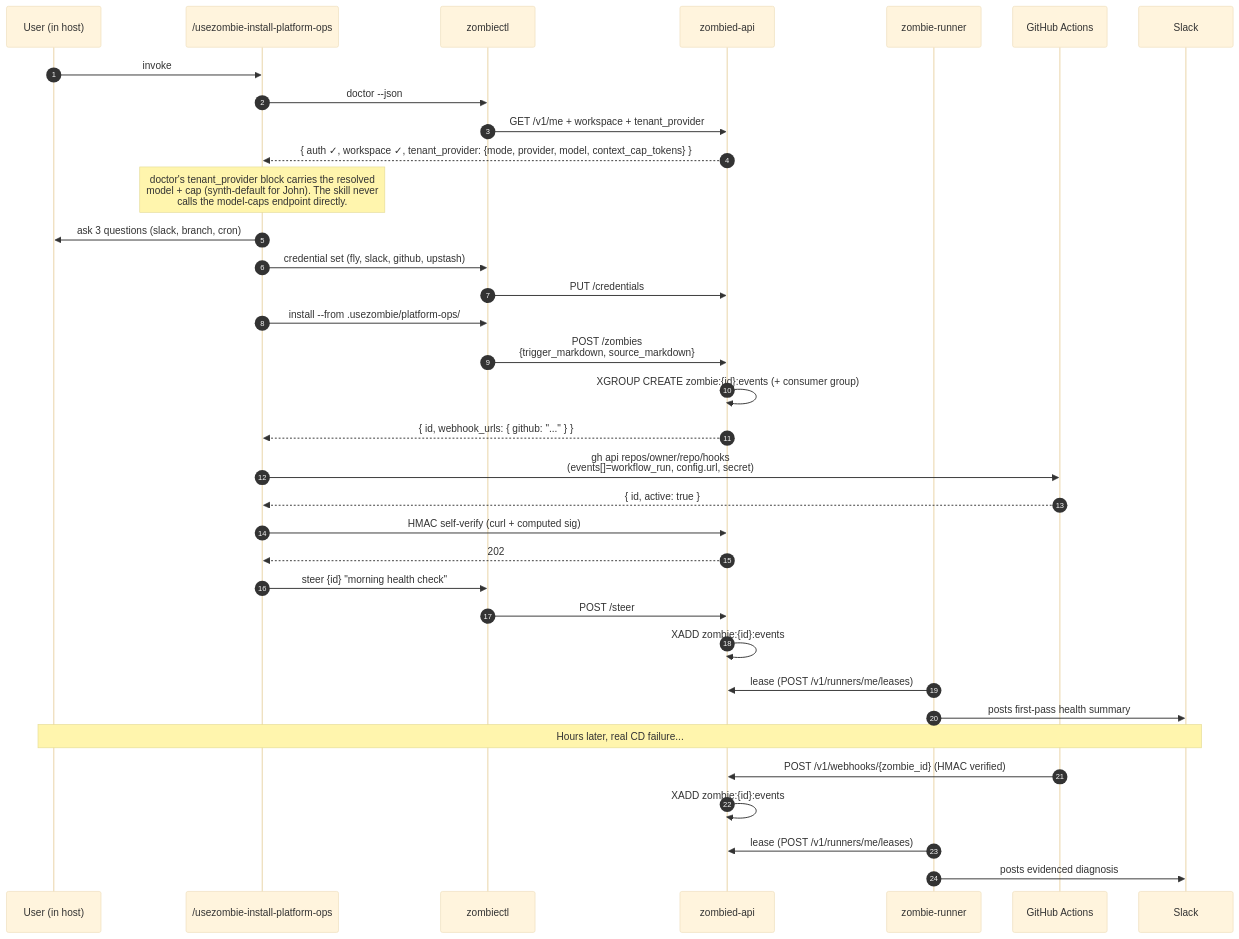
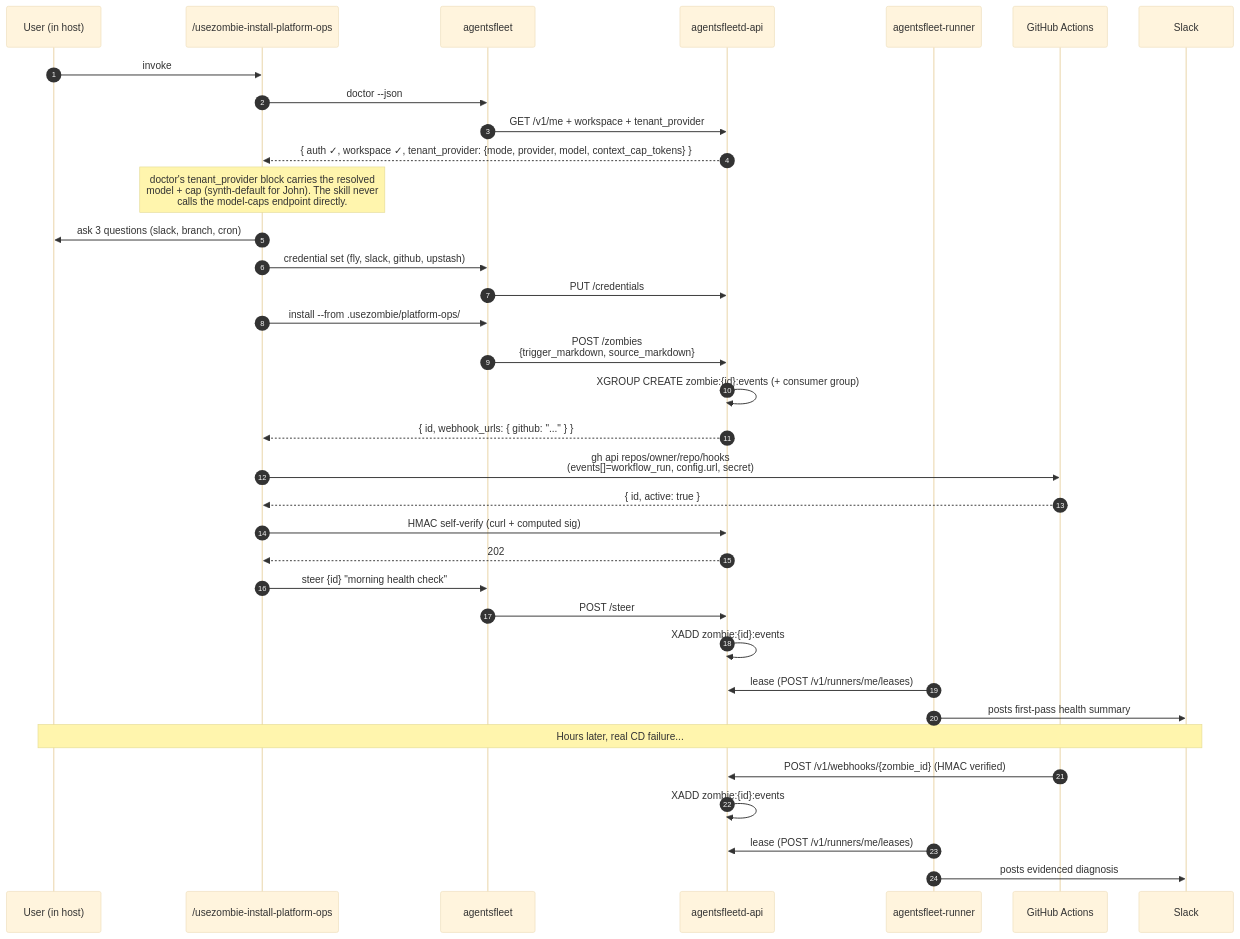
Before and after one commit to agentsfleet/agentsfleet: the diagram in docs/architecture/scenarios/01_default_install.md, drawn with Mermaid (base theme). The commit also changed other lines of this file and 1026 other files, not shown here.

````diff
--- a/docs/architecture/scenarios/01_default_install.md
+++ b/docs/architecture/scenarios/01_default_install.md
@@ -13,38 +13,38 @@
 ```mermaid
 sequenceDiagram
     autonumber
     participant Op as User (in host)
     participant Skill as /usezombie-install-platform-ops
-    participant CLI as zombiectl
-    participant API as zombied-api
-    participant Runner as zombie-runner
+    participant CLI as agentsfleet
+    participant API as agentsfleetd-api
+    participant Runner as agentsfleet-runner
     participant GH as GitHub Actions
     participant Slack
 
     Op->>Skill: invoke
     Skill->>CLI: doctor --json
     CLI->>API: GET /v1/me + workspace + tenant_provider
     API-->>Skill: { auth ✓, workspace ✓, tenant_provider: {mode, provider, model, context_cap_tokens} }
     Note over Skill: doctor's tenant_provider block carries the resolved<br/>model + cap (synth-default for John). The skill never<br/>calls the model-caps endpoint directly.
     Skill->>Op: ask 3 questions (slack, branch, cron)
     Skill->>CLI: credential set (fly, slack, github, upstash)
     CLI->>API: PUT /credentials
     Skill->>CLI: install --from .usezombie/platform-ops/
     CLI->>API: POST /zombies<br/>{trigger_markdown, source_markdown}
     API->>API: XGROUP CREATE zombie:{id}:events (+ consumer group)
     API-->>Skill: { id, webhook_urls: { github: "..." } }
     Skill->>GH: gh api repos/owner/repo/hooks<br/>(events[]=workflow_run, config.url, secret)
     GH-->>Skill: { id, active: true }
     Skill->>API: HMAC self-verify (curl + computed sig)
     API-->>Skill: 202
     Skill->>CLI: steer {id} "morning health check"
     CLI->>API: POST /steer
     API->>API: XADD zombie:{id}:events
     Runner->>API: lease (POST /v1/runners/me/leases)
     Runner->>Slack: posts first-pass health summary
     Note over Op,Slack: Hours later, real CD failure...
     GH->>API: POST /v1/webhooks/{zombie_id} (HMAC verified)
     API->>API: XADD zombie:{id}:events
     Runner->>API: lease (POST /v1/runners/me/leases)
     Runner->>Slack: posts evidenced diagnosis
 ```
````
